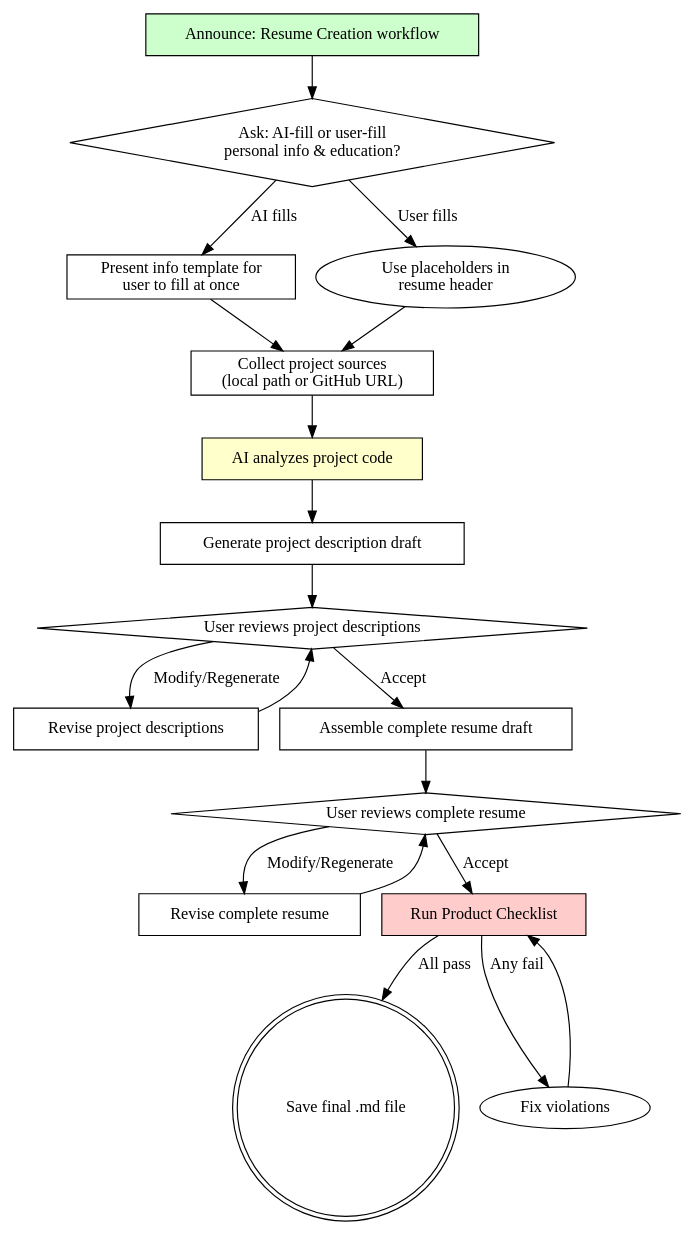
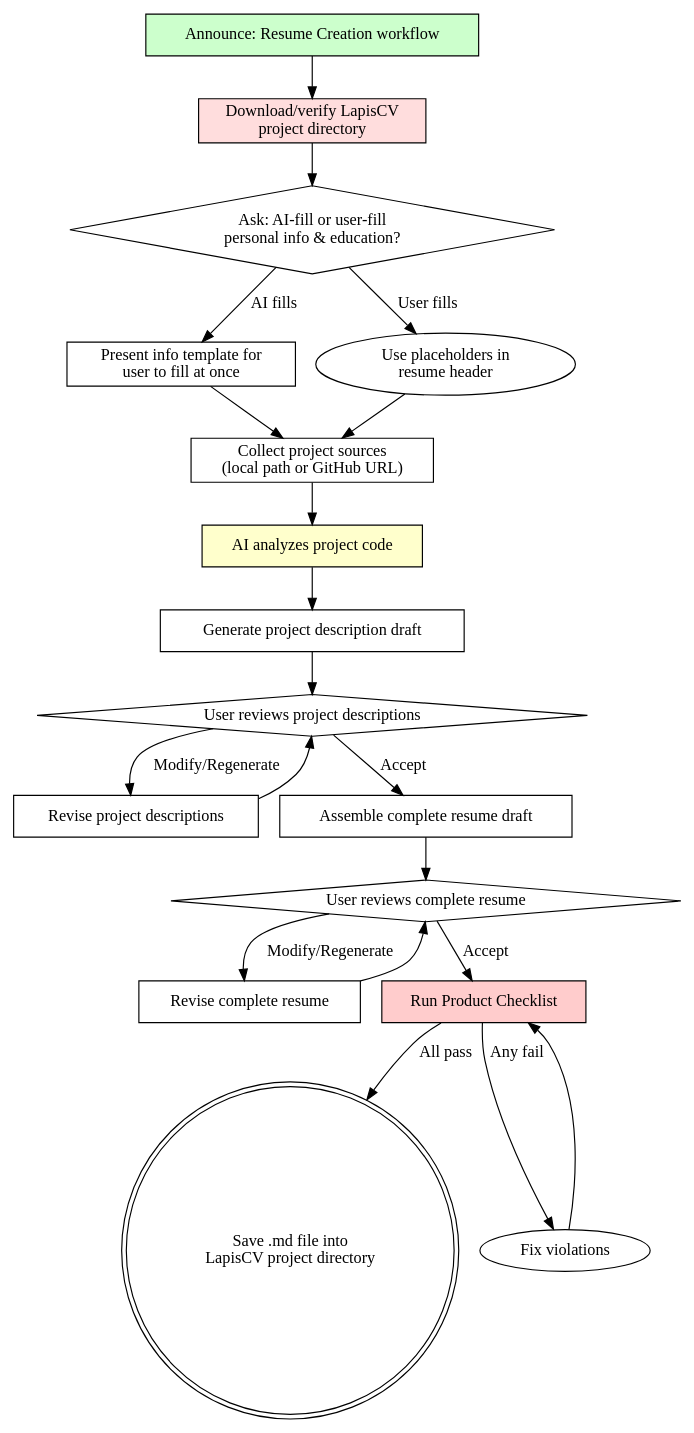
Before and after one commit to Wood-Q/Mokio-Interview-Skill: the diagram in skills/mokio-interview-skill/resume-creation.md, drawn with Graphviz. The commit also changed other lines of this file and 3 other files, not shown here.

````diff
--- a/skills/mokio-interview-skill/resume-creation.md
+++ b/skills/mokio-interview-skill/resume-creation.md
@@ -27,37 +27,39 @@
 ```dot
 digraph resume_creation {
     rankdir=TB;
     "Announce: Resume Creation workflow" [shape=box, style=filled, fillcolor="#ccffcc"];
+    "Download/verify LapisCV\nproject directory" [shape=box, style=filled, fillcolor="#ffdddd"];
     "Ask: AI-fill or user-fill\npersonal info & education?" [shape=diamond];
     "Present info template for\nuser to fill at once" [shape=box];
     "Collect project sources\n(local path or GitHub URL)" [shape=box];
     "AI analyzes project code" [shape=box, style=filled, fillcolor="#ffffcc"];
     "Generate project description draft" [shape=box];
     "User reviews project descriptions" [shape=diamond];
     "Revise project descriptions" [shape=box];
     "Assemble complete resume draft" [shape=box];
     "User reviews complete resume" [shape=diamond];
     "Revise complete resume" [shape=box];
     "Run Product Checklist" [shape=box, style=filled, fillcolor="#ffcccc"];
-    "Save final .md file" [shape=doublecircle];
+    "Save .md file into\nLapisCV project directory" [shape=doublecircle];
 
-    "Announce: Resume Creation workflow" -> "Ask: AI-fill or user-fill\npersonal info & education?";
+    "Announce: Resume Creation workflow" -> "Download/verify LapisCV\nproject directory";
+    "Download/verify LapisCV\nproject directory" -> "Ask: AI-fill or user-fill\npersonal info & education?";
     "Ask: AI-fill or user-fill\npersonal info & education?" -> "Present info template for\nuser to fill at once" [label="AI fills"];
     "Ask: AI-fill or user-fill\npersonal info & education?" -> "Use placeholders in\nresume header" [label="User fills"];
     "Present info template for\nuser to fill at once" -> "Collect project sources\n(local path or GitHub URL)";
     "Use placeholders in\nresume header" -> "Collect project sources\n(local path or GitHub URL)";
     "Collect project sources\n(local path or GitHub URL)" -> "AI analyzes project code";
     "AI analyzes project code" -> "Generate project description draft";
     "Generate project description draft" -> "User reviews project descriptions";
     "User reviews project descriptions" -> "Revise project descriptions" [label="Modify/Regenerate"];
     "User reviews project descriptions" -> "Assemble complete resume draft" [label="Accept"];
     "Revise project descriptions" -> "User reviews project descriptions";
     "Assemble complete resume draft" -> "User reviews complete resume";
     "User reviews complete resume" -> "Revise complete resume" [label="Modify/Regenerate"];
     "User reviews complete resume" -> "Run Product Checklist" [label="Accept"];
     "Revise complete resume" -> "User reviews complete resume";
-    "Run Product Checklist" -> "Save final .md file" [label="All pass"];
+    "Run Product Checklist" -> "Save .md file into\nLapisCV project directory" [label="All pass"];
     "Run Product Checklist" -> "Fix violations" [label="Any fail"];
     "Fix violations" -> "Run Product Checklist";
 }
 ```
````
